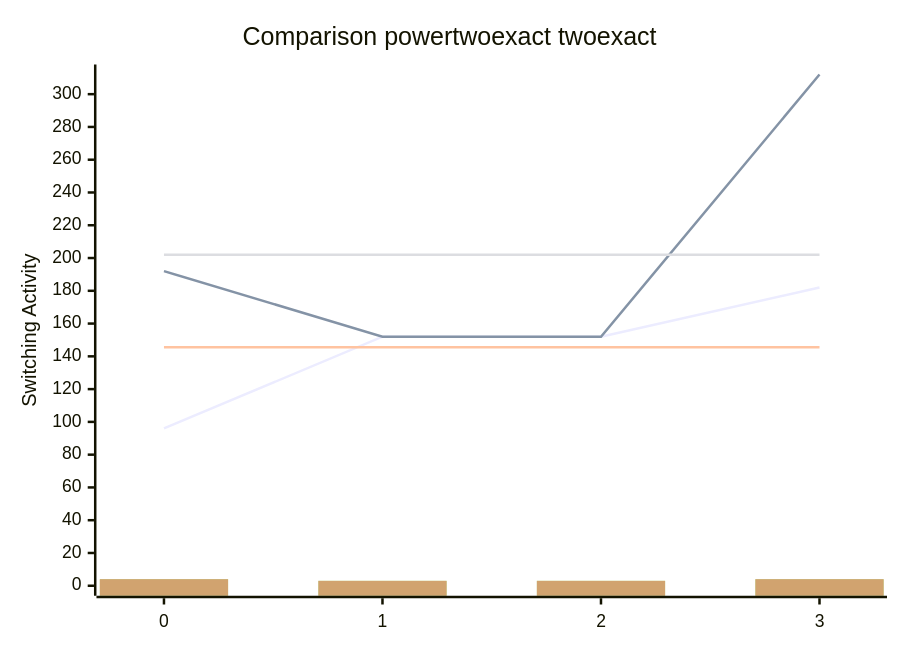
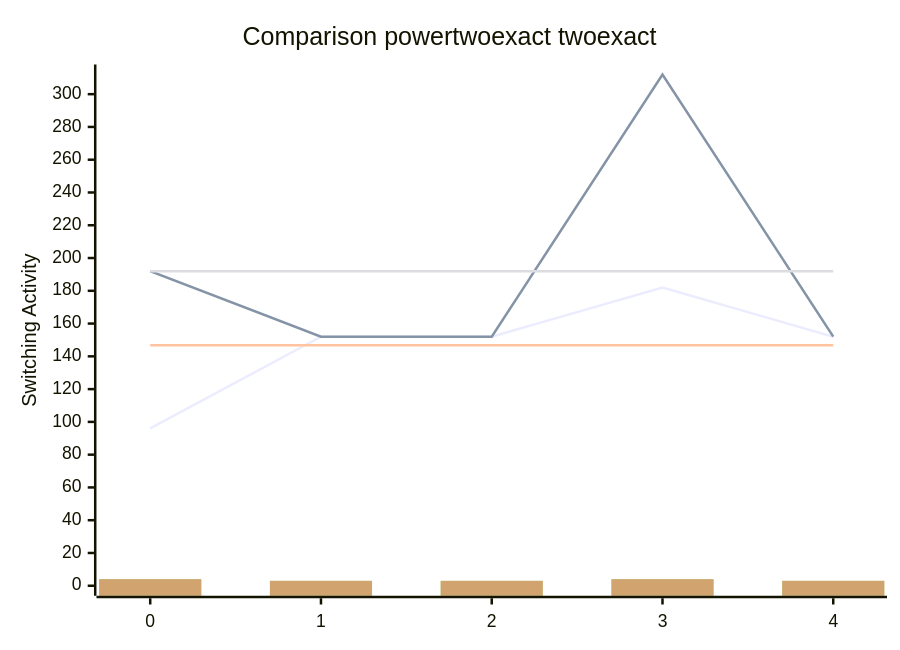
One commit to FeldmeierMichael/Exact-Power-Synthesis changed the diagram in benchmark.md. Above: the diagram before and after it, drawn with Mermaid. The commit also changed other lines of this file and 2 other files, not shown here.

````diff
--- a/benchmark.md
+++ b/benchmark.md
@@ -9,12 +11,12 @@
 ```mermaid
 xychart-beta
     title "Comparison powertwoexact twoexact"
-    x-axis [0, 1, 2, 3]
+    x-axis [0, 1, 2, 3, 4]
     y-axis "Switching Activity" 0-->312
-    line [96, 152, 152, 182]
-    line [192, 152, 152, 312]
-    line [145.5, 145.5, 145.5, 145.5]
-    line [202.0, 202.0, 202.0, 202.0]
-    bar [4, 3, 3, 4, 4, 3, 3, 4, 4, 3, 3, 4, 4, 3, 3, 4, 4, 3, 3, 4, 4, 3, 3, 4, 4, 3, 3, 4, 4, 3, 3, 4, 4, 3, 3, 4, 4, 3, 3, 4, 4, 3, 3, 4, 4, 3, 3, 4, 4, 3, 3, 4, 4, 3, 3, 4, 4, 3, 3, 4, 4, 3, 3, 4, 4, 3, 3, 4, 4, 3, 3, 4, 4, 3, 3, 4, 4, 3, 3, 4]
-    bar [4, 3, 3, 4, 4, 3, 3, 4, 4, 3, 3, 4, 4, 3, 3, 4, 4, 3, 3, 4, 4, 3, 3, 4, 4, 3, 3, 4, 4, 3, 3, 4, 4, 3, 3, 4, 4, 3, 3, 4, 4, 3, 3, 4, 4, 3, 3, 4, 4, 3, 3, 4, 4, 3, 3, 4, 4, 3, 3, 4, 4, 3, 3, 4, 4, 3, 3, 4, 4, 3, 3, 4, 4, 3, 3, 4, 4, 3, 3, 4]
+    line [96, 152, 152, 182, 152]
+    line [192, 152, 152, 312, 152]
+    line [146.8, 146.8, 146.8, 146.8, 146.8]
+    line [192.0, 192.0, 192.0, 192.0, 192.0]
+    bar [4, 3, 3, 4, 3, 4, 3, 3, 4, 3, 4, 3, 3, 4, 3, 4, 3, 3, 4, 3, 4, 3, 3, 4, 3, 4, 3, 3, 4, 3, 4, 3, 3, 4, 3, 4, 3, 3, 4, 3, 4, 3, 3, 4, 3, 4, 3, 3, 4, 3, 4, 3, 3, 4, 3, 4, 3, 3, 4, 3, 4, 3, 3, 4, 3, 4, 3, 3, 4, 3, 4, 3, 3, 4, 3, 4, 3, 3, 4, 3, 4, 3, 3, 4, 3, 4, 3, 3, 4, 3, 4, 3, 3, 4, 3, 4, 3, 3, 4, 3]
+    bar [4, 3, 3, 4, 3, 4, 3, 3, 4, 3, 4, 3, 3, 4, 3, 4, 3, 3, 4, 3, 4, 3, 3, 4, 3, 4, 3, 3, 4, 3, 4, 3, 3, 4, 3, 4, 3, 3, 4, 3, 4, 3, 3, 4, 3, 4, 3, 3, 4, 3, 4, 3, 3, 4, 3, 4, 3, 3, 4, 3, 4, 3, 3, 4, 3, 4, 3, 3, 4, 3, 4, 3, 3, 4, 3, 4, 3, 3, 4, 3, 4, 3, 3, 4, 3, 4, 3, 3, 4, 3, 4, 3, 3, 4, 3, 4, 3, 3, 4, 3]
 ```
````
